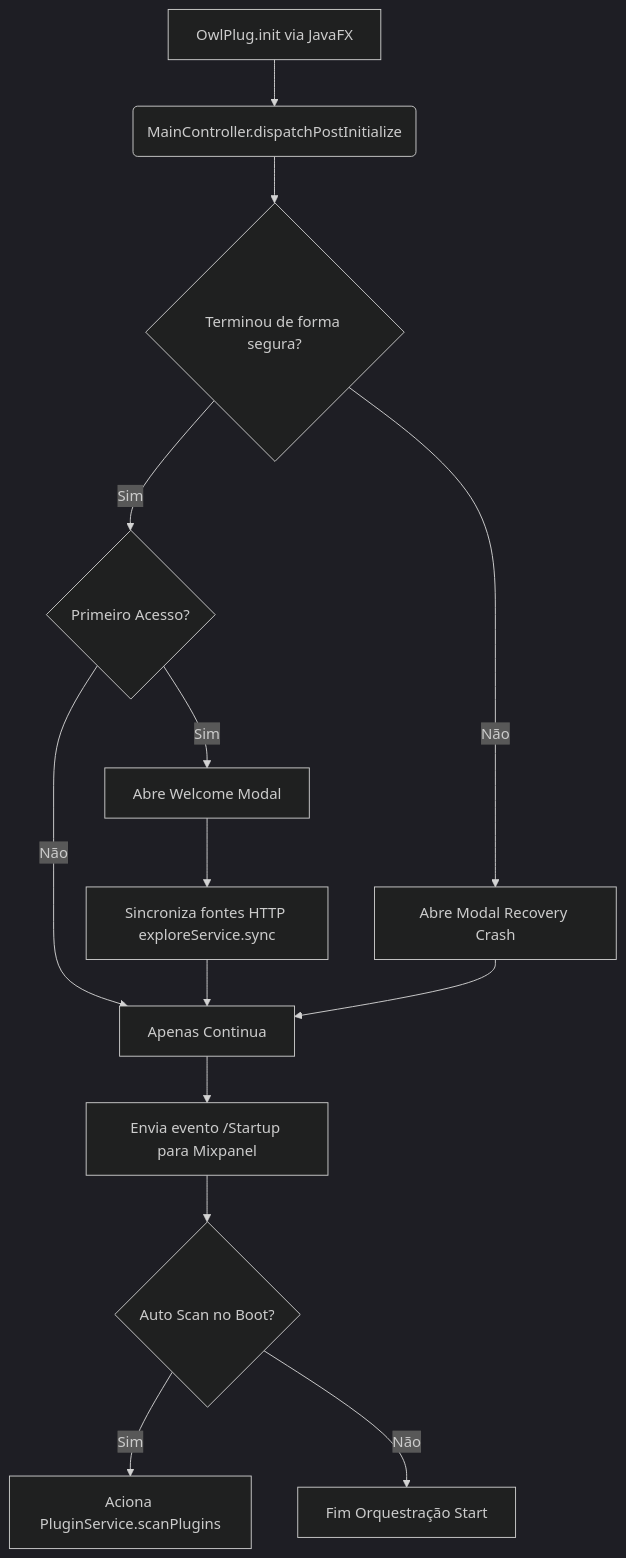
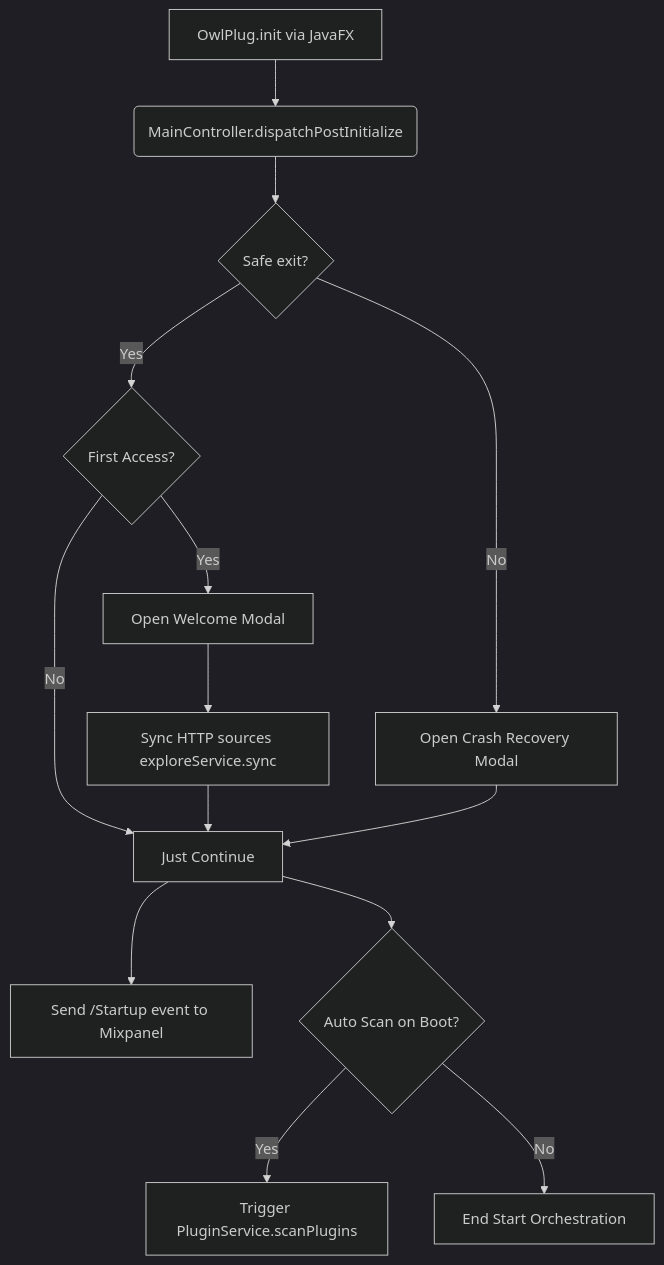
Before and after one commit to daniel-chiuratto-seabra/OwlPlug: diagram 11 of 15 in docs/full-forensic-technical-documentation.md, drawn with Mermaid (dark theme). The commit also changed other lines of this file, not shown here.

````diff
--- a/docs/full-forensic-technical-documentation.md
+++ b/docs/full-forensic-technical-documentation.md
@@ -428,16 +428,16 @@
 ```mermaid
 flowchart TD
     A[OwlPlug.init via JavaFX] --> B(MainController.dispatchPostInitialize)
-    B --> C{Terminou de forma segura?}
-    C -- Não --> D[Abre Modal Recovery Crash]
-    C -- Sim --> E{Primeiro Acesso?}
-    E -- Sim --> F[Abre Welcome Modal]
-    F --> G[Sincroniza fontes HTTP exploreService.sync]
-    E -- Não --> H[Apenas Continua]
+    B --> C{Safe exit?}
+    C -- No --> D[Open Crash Recovery Modal]
+    C -- Yes --> E{First Access?}
+    E -- Yes --> F[Open Welcome Modal]
+    F --> G[Sync HTTP sources exploreService.sync]
+    E -- No --> H[Just Continue]
     G --> H
     D --> H
-    H --> L[Envia evento /Startup para Mixpanel]
-    L --> I{Auto Scan no Boot?}
-    I -- Sim --> J[Aciona PluginService.scanPlugins]
-    I -- Não --> K[Fim Orquestração Start]
+    H --> L[Send /Startup event to Mixpanel]
+    H --> I{Auto Scan on Boot?}
+    I -- Yes --> J[Trigger PluginService.scanPlugins]
+    I -- No --> K[End Start Orchestration]
 ```
````
